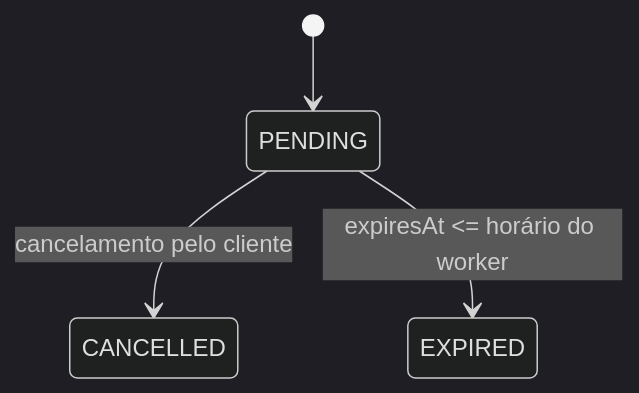
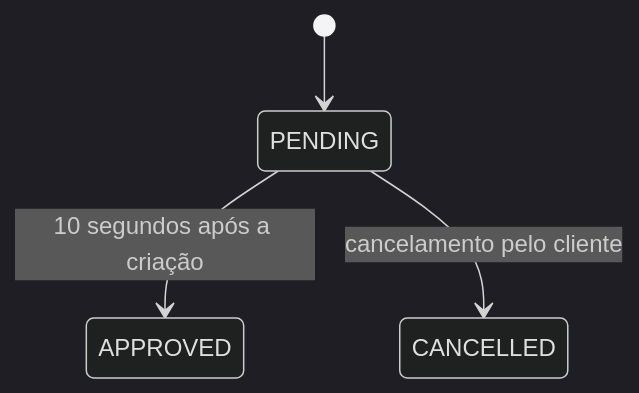
The diagram in docs/business-rules.md (hubsouzasolucoes/flash-booking), drawn with Mermaid (dark theme) before and after one commit. The commit also changed other lines of this file and 18 other files, not shown here.

````diff
--- a/docs/business-rules.md
+++ b/docs/business-rules.md
@@ -12,6 +12,6 @@
 ```mermaid
 stateDiagram-v2
   [*] --> PENDING
+  PENDING --> APPROVED: 10 segundos após a criação
   PENDING --> CANCELLED: cancelamento pelo cliente
-  PENDING --> EXPIRED: expiresAt <= horário do worker
 ```
````
